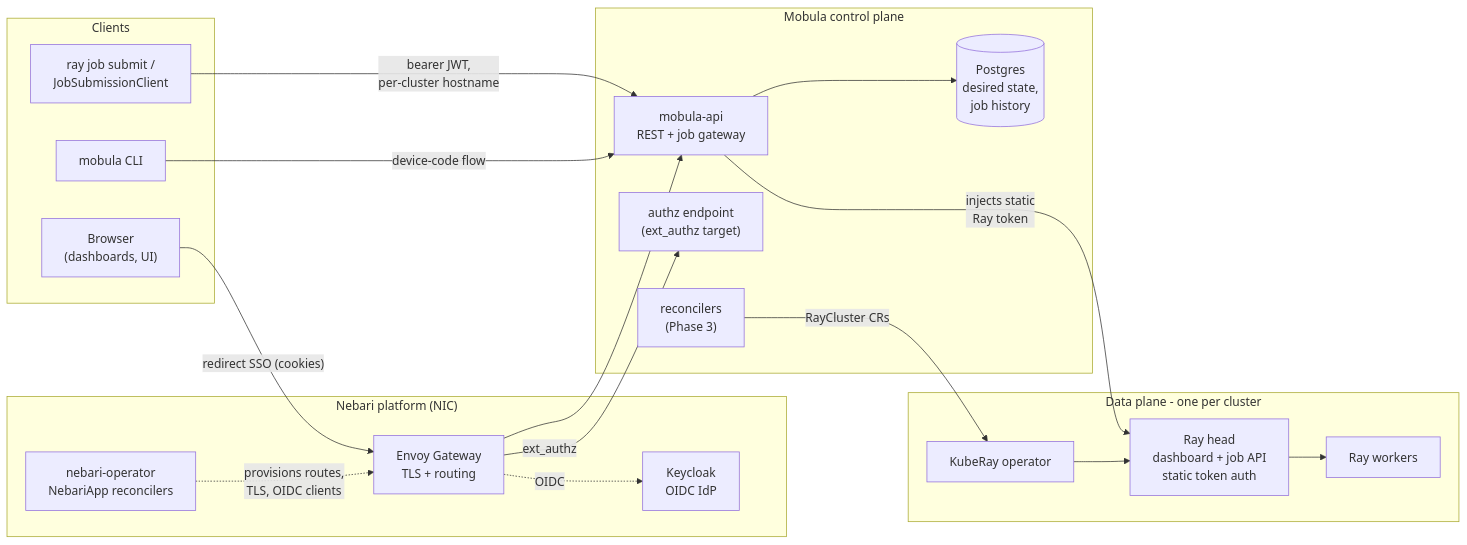
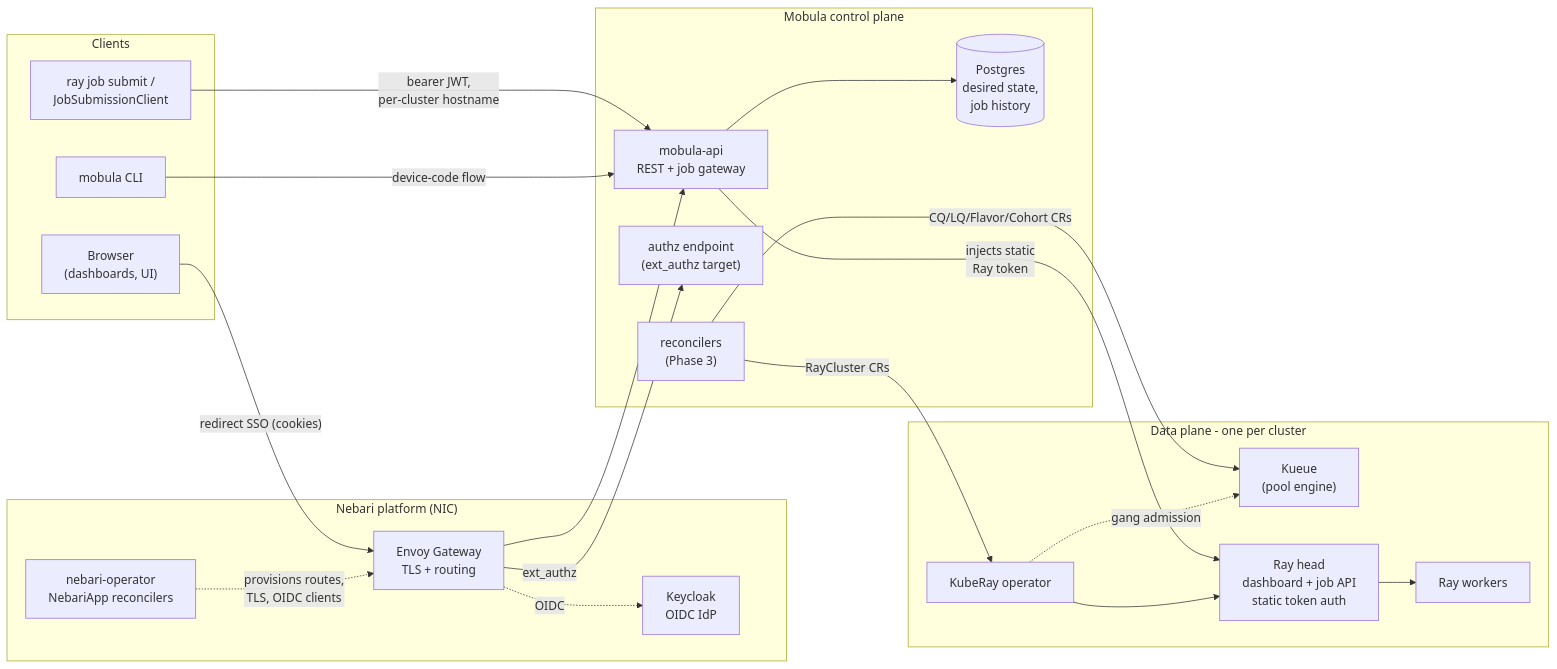
Before and after one commit to brandonrc/mobula: the first of 4 diagrams in docs/ARCHITECTURE.md, drawn with Mermaid. The commit also changed other lines of this file and 51 other files, not shown here.

````diff
--- a/docs/ARCHITECTURE.md
+++ b/docs/ARCHITECTURE.md
@@ -13,40 +13,43 @@
 ```mermaid
 flowchart LR
     subgraph clients [Clients]
         browser["Browser<br/>(dashboards, UI)"]
         rayjob["ray job submit /<br/>JobSubmissionClient"]
         cli["mobula CLI"]
     end
 
     subgraph platform ["Nebari platform (NIC)"]
         envoy["Envoy Gateway<br/>TLS + routing"]
         keycloak["Keycloak<br/>OIDC IdP"]
         operator["nebari-operator<br/>NebariApp reconcilers"]
     end
 
     subgraph mobula [Mobula control plane]
         api["mobula-api<br/>REST + job gateway"]
         authz["authz endpoint<br/>(ext_authz target)"]
         recon["reconcilers<br/>(Phase 3)"]
         db[("Postgres<br/>desired state,<br/>job history")]
     end
 
     subgraph dataplane [Data plane - one per cluster]
         kuberay["KubeRay operator"]
+        kueue["Kueue<br/>(pool engine)"]
         head["Ray head<br/>dashboard + job API<br/>static token auth"]
         workers["Ray workers"]
     end
 
     browser -->|"redirect SSO (cookies)"| envoy
     envoy -->|ext_authz| authz
     envoy --> api
     envoy -.->|OIDC| keycloak
     operator -.->|"provisions routes,<br/>TLS, OIDC clients"| envoy
     rayjob -->|"bearer JWT,<br/>per-cluster hostname"| api
     cli -->|device-code flow| api
     api -->|"injects static<br/>Ray token"| head
     api --> db
     recon -->|RayCluster CRs| kuberay
+    recon -->|CQ/LQ/Flavor/Cohort CRs| kueue
+    kuberay -.->|gang admission| kueue
     kuberay --> head
     head --> workers
 ```
````
